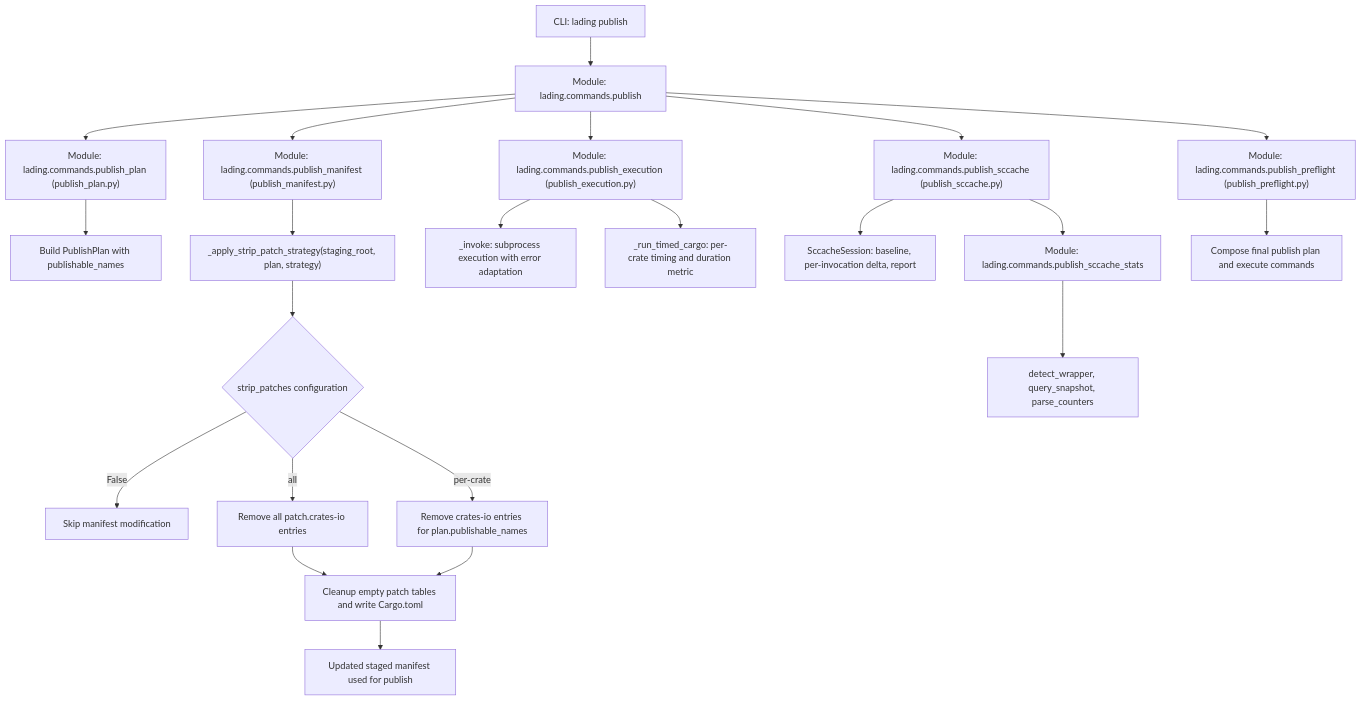
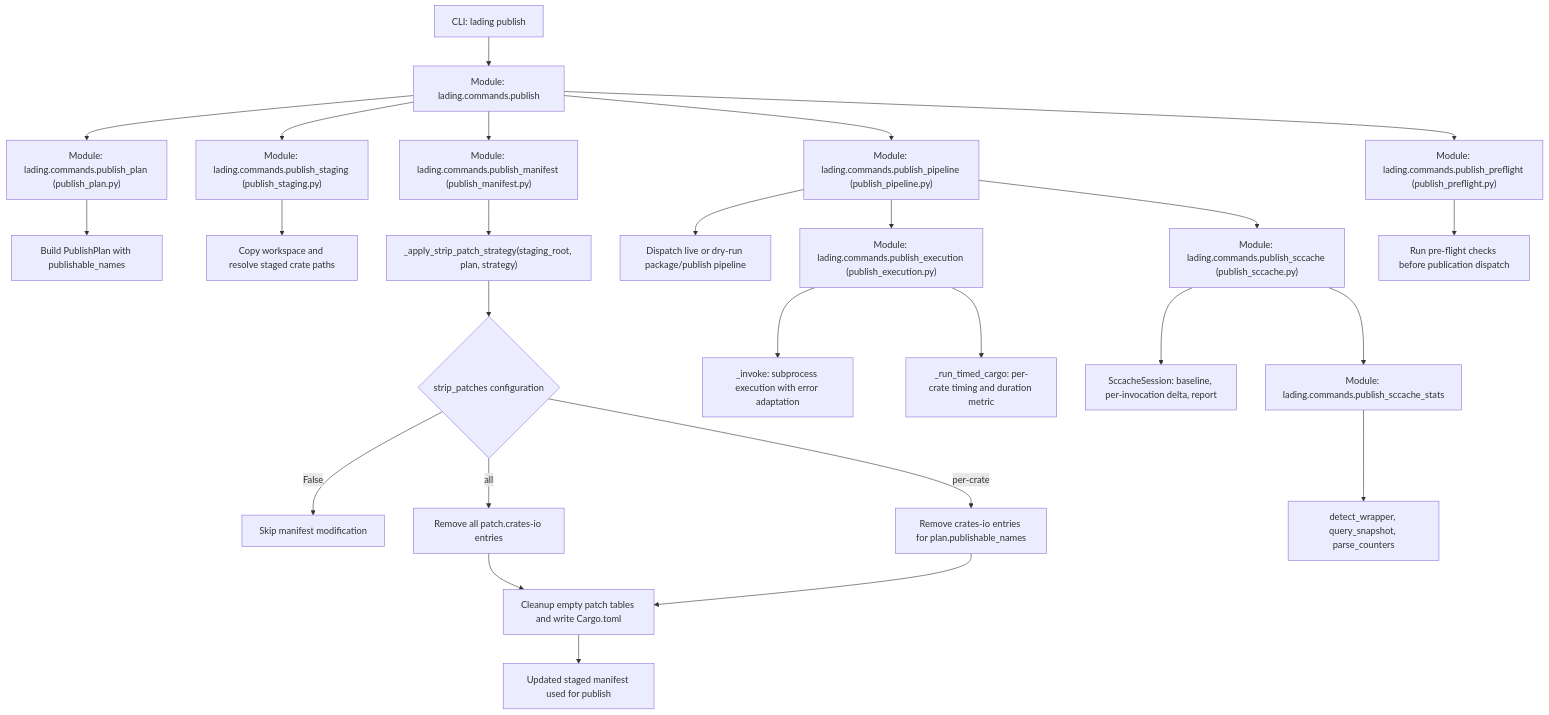
One commit to leynos/lading changed the first of 2 diagrams in docs/lading-design.md. Above: the diagram before and after it, drawn with Mermaid. The commit also changed other lines of this file and 4 other files, not shown here.

First line of the commit message:
Address publish pipeline review findings (#170)

````diff
--- a/docs/lading-design.md
+++ b/docs/lading-design.md
@@ -194,27 +194,29 @@
 ```mermaid
 graph TD
     A["CLI: lading publish"] --> B["Module: lading.commands.publish"]
     B --> C["Module: lading.commands.publish_plan (publish_plan.py)"]
     C --> C1["Build PublishPlan with publishable_names"]
+    B --> S["Module: lading.commands.publish_staging (publish_staging.py)"]
+    S --> S1["Copy workspace and resolve staged crate paths"]
     B --> D["Module: lading.commands.publish_manifest (publish_manifest.py)"]
     D --> D1["_apply_strip_patch_strategy(staging_root, plan, strategy)"]
     D1 --> D2{"strip_patches configuration"}
     D2 -->|"False"| E["Skip manifest modification"]
     D2 -->|"all"| F["Remove all patch.crates-io entries"]
     D2 -->|"per-crate"| G["Remove crates-io entries for plan.publishable_names"]
     F --> H["Cleanup empty patch tables and write Cargo.toml"]
     G --> H
     H --> I["Updated staged manifest used for publish"]
 
-    B --> J["Module: lading.commands.publish_execution (publish_execution.py)"]
+    B --> P["Module: lading.commands.publish_pipeline (publish_pipeline.py)"]
+    P --> P1["Dispatch live or dry-run package/publish pipeline"]
+    P --> J["Module: lading.commands.publish_execution (publish_execution.py)"]
     J --> K["_invoke: subprocess execution with error adaptation"]
     J --> K2["_run_timed_cargo: per-crate timing and duration metric"]
-
-    B --> L["Module: lading.commands.publish_sccache (publish_sccache.py)"]
+    P --> L["Module: lading.commands.publish_sccache (publish_sccache.py)"]
     L --> L1["SccacheSession: baseline, per-invocation delta, report"]
     L --> M["Module: lading.commands.publish_sccache_stats"]
     M --> M1["detect_wrapper, query_snapshot, parse_counters"]
-
     B --> N["Module: lading.commands.publish_preflight (publish_preflight.py)"]
-    N --> O["Compose final publish plan and execute commands"]
+    N --> O["Run pre-flight checks before publication dispatch"]
 ```
````
